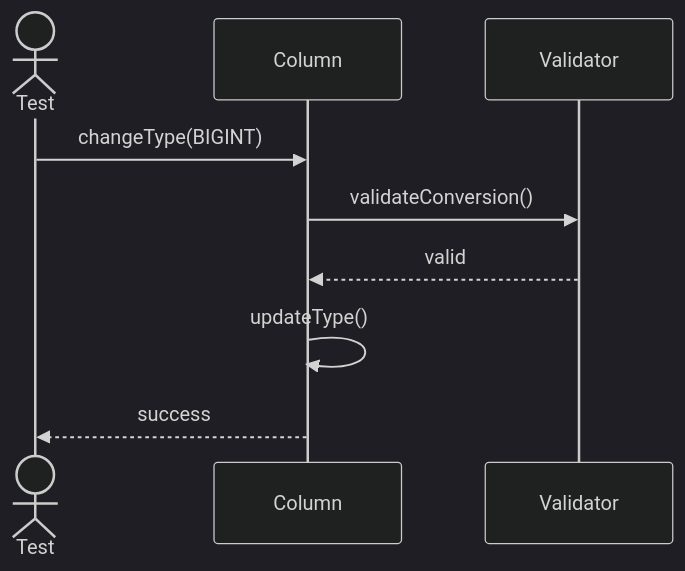
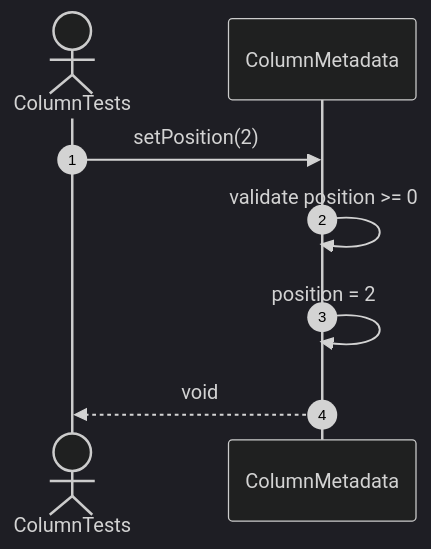
One commit to FhuAnn/-bbv-AN-s-DBMS changed diagram 11 of 18 in src/tests/unit/metadata/sequences/columns-testing.se.md. Above: the diagram before and after it, drawn with Mermaid (dark theme). The commit also changed other lines of this file and 60 other files, not shown here.

Commit message:
refactor data table, row, column, constraint, index test file

````diff
--- a/src/tests/unit/metadata/sequences/columns-testing.se.md
+++ b/src/tests/unit/metadata/sequences/columns-testing.se.md
@@ -188,16 +160,11 @@
 ```mermaid
 sequenceDiagram
-actor Test
-participant Column
-participant Validator
+    autonumber
+    actor Test as ColumnTests
+    participant Column as ColumnMetadata
 
-Test->>Column: changeType(BIGINT)
-
-Column->>Validator: validateConversion()
-
-Validator-->>Column: valid
-
-Column->>Column: updateType()
-
-Column-->>Test: success
+    Test->>Column: setPosition(2)
+    Column->>Column: validate position >= 0
+    Column->>Column: position = 2
+    Column-->>Test: void
 ```
````
